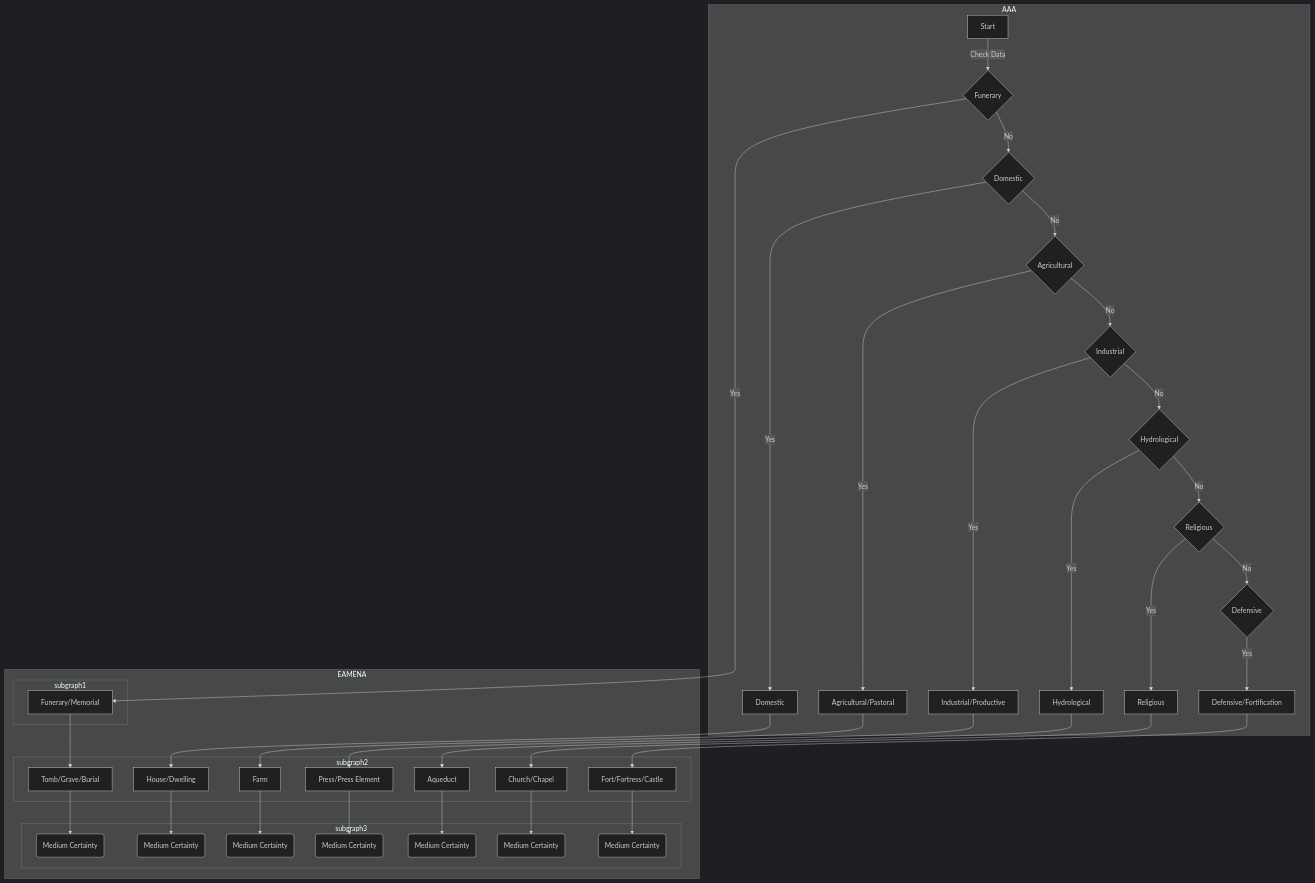
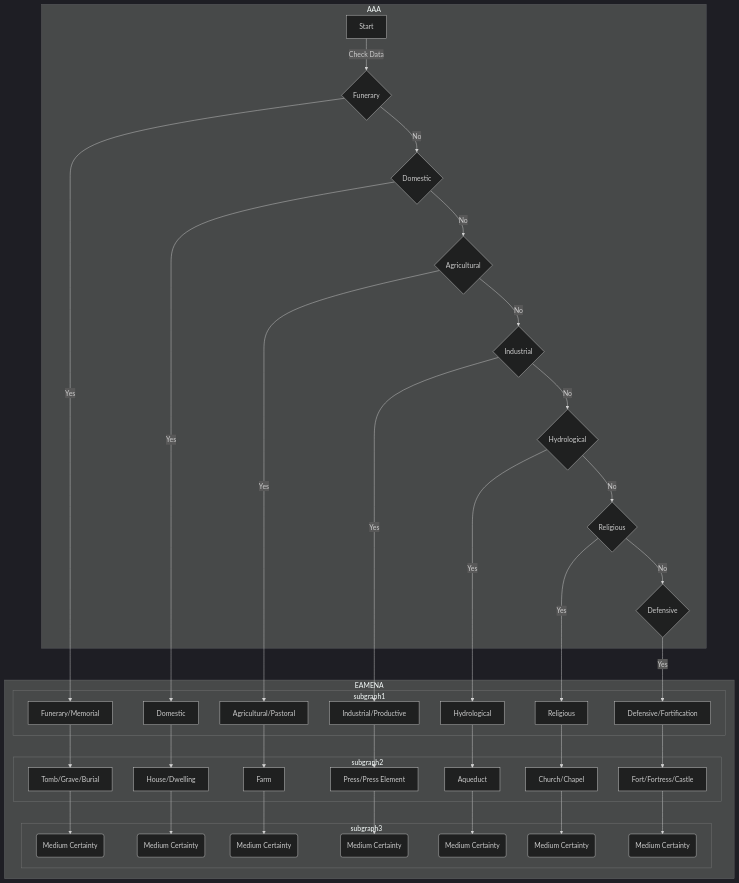
The third of 3 diagrams in projects/aaa/temp.md (eamena-project/eamena-arches-dev), drawn with Mermaid (dark theme) before and after one commit.

Commit message:
AAA function flow chart

````diff
--- a/projects/aaa/temp.md
+++ b/projects/aaa/temp.md
@@ -124,70 +124,71 @@
 ```mermaid
 graph TD
     subgraph AAA
     A[Start] -->|Check Data| B{Funerary}
     B -->|No| D{Domestic}
-	D -->|Yes| F
 	D -->|No| G{Agricultural}
-	G -->|Yes| I
+	
 	G -->|No| J{Industrial}
-	J -->|Yes| L
 	J -->|No| M{Hydrological}
-	M -->|Yes| O
 	M -->|No| P{Religious}
-	P -->|Yes| R
 	P -->|No| S{Defensive}
-	S -->|Yes| U
     end
 
     subgraph EAMENA
         subgraph subgraph1
 		B -->|Yes| C
         C[Funerary/Memorial]
+		D -->|Yes| F
         F[Domestic]
+		G -->|Yes| I
         I[Agricultural/Pastoral]
+		J -->|Yes| L
         L[Industrial/Productive]
+		M -->|Yes| O
         O[Hydrological]
+		P -->|Yes| R
         R[Religious]
+		S -->|Yes| U
         U[Defensive/Fortification]
         end
         subgraph subgraph2
         E[Tomb/Grave/Burial]
         H[House/Dwelling]
         K[Farm]
         N[Press/Press Element]
         Q[Aqueduct]
         T[Church/Chapel]
         W[Fort/Fortress/Castle]
         end
         C --> E
         E --> EZ(Medium Certainty)
         
         
         F --> H
         H --> HZ(Medium Certainty)
 
         I --> K
         K --> KZ(Medium Certainty)
 
         L --> N
         N --> NZ(Medium Certainty)
 
         O --> Q
         Q --> QZ(Medium Certainty)
 
         R --> T
         T --> TZ(Medium Certainty)
         
         U --> W
         W --> WZ(Medium Certainty)
         subgraph subgraph3
         EZ(Medium Certainty)
         HZ(Medium Certainty)
         KZ(Medium Certainty)
         NZ(Medium Certainty)
         QZ(Medium Certainty)
         TZ(Medium Certainty)
         WZ(Medium Certainty)
         end
     end
 ```
````
